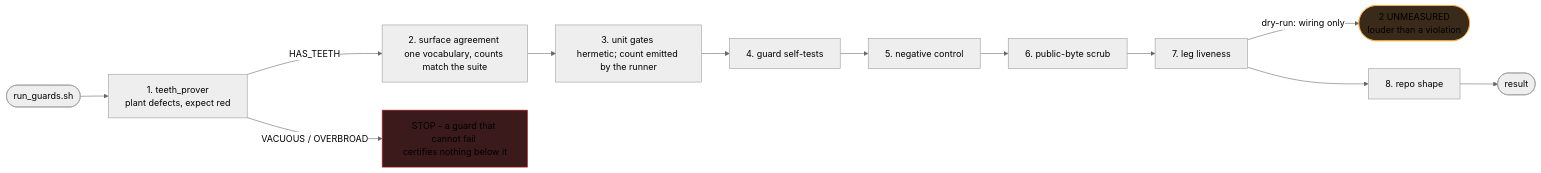
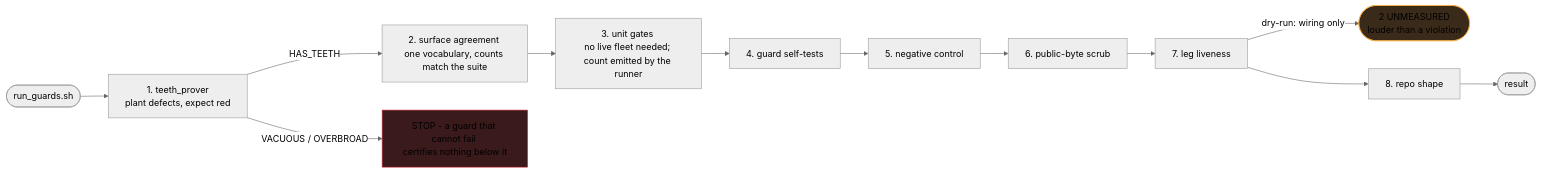
The second of 4 diagrams in README.md (sherifican/Agent-FleetOps), drawn with Mermaid (neutral theme) before and after one commit. The commit also changed other lines of this file and 3 other files, not shown here.

````diff
--- a/README.md
+++ b/README.md
@@ -483,16 +483,16 @@
 ```mermaid
 flowchart LR
     S([run_guards.sh]) --> T1["1. teeth_prover <br/>plant defects, expect red"]
     T1 -->|HAS_TEETH| T2["2. surface agreement <br/>one vocabulary, counts match the suite"]
     T1 -->|VACUOUS / OVERBROAD| X1["STOP - a guard that cannot fail <br/>certifies nothing below it"]
-    T2 --> T3["3. unit gates <br/>hermetic; count emitted by the runner"]
+    T2 --> T3["3. unit gates <br/>no live fleet needed; count emitted by the runner"]
     T3 --> T4["4. guard self-tests"]
     T4 --> T5["5. negative control"]
     T5 --> T6["6. public-byte scrub"]
     T6 --> T7["7. leg liveness"]
     T7 -->|dry-run: wiring only| UM(["2 UNMEASURED <br/>louder than a violation"])
     T7 --> T8["8. repo shape"]
     T8 --> OK([result])
     style X1 fill:#3a1a1a,stroke:#e63946
     style UM fill:#3a2a1a,stroke:#ffb347
 ```
````
